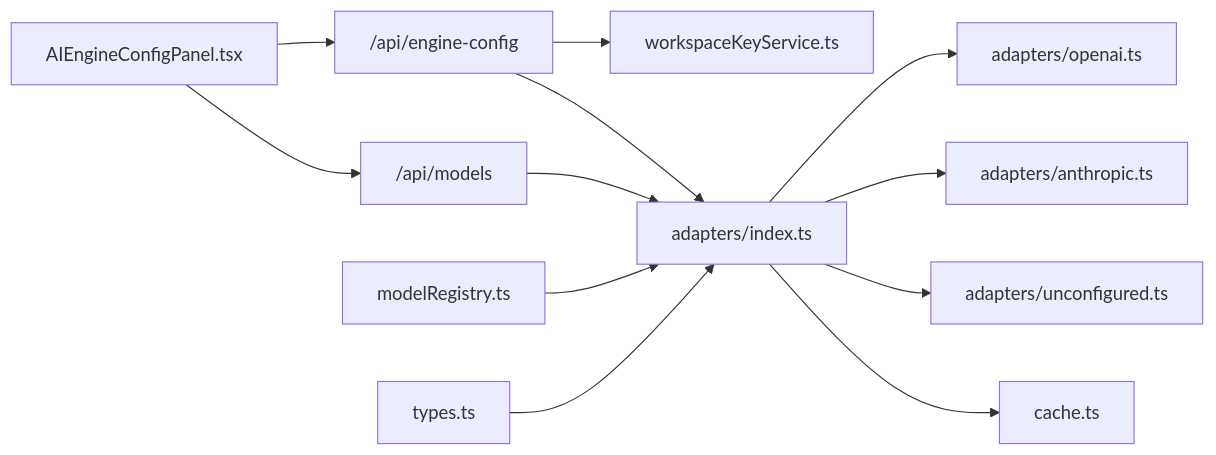
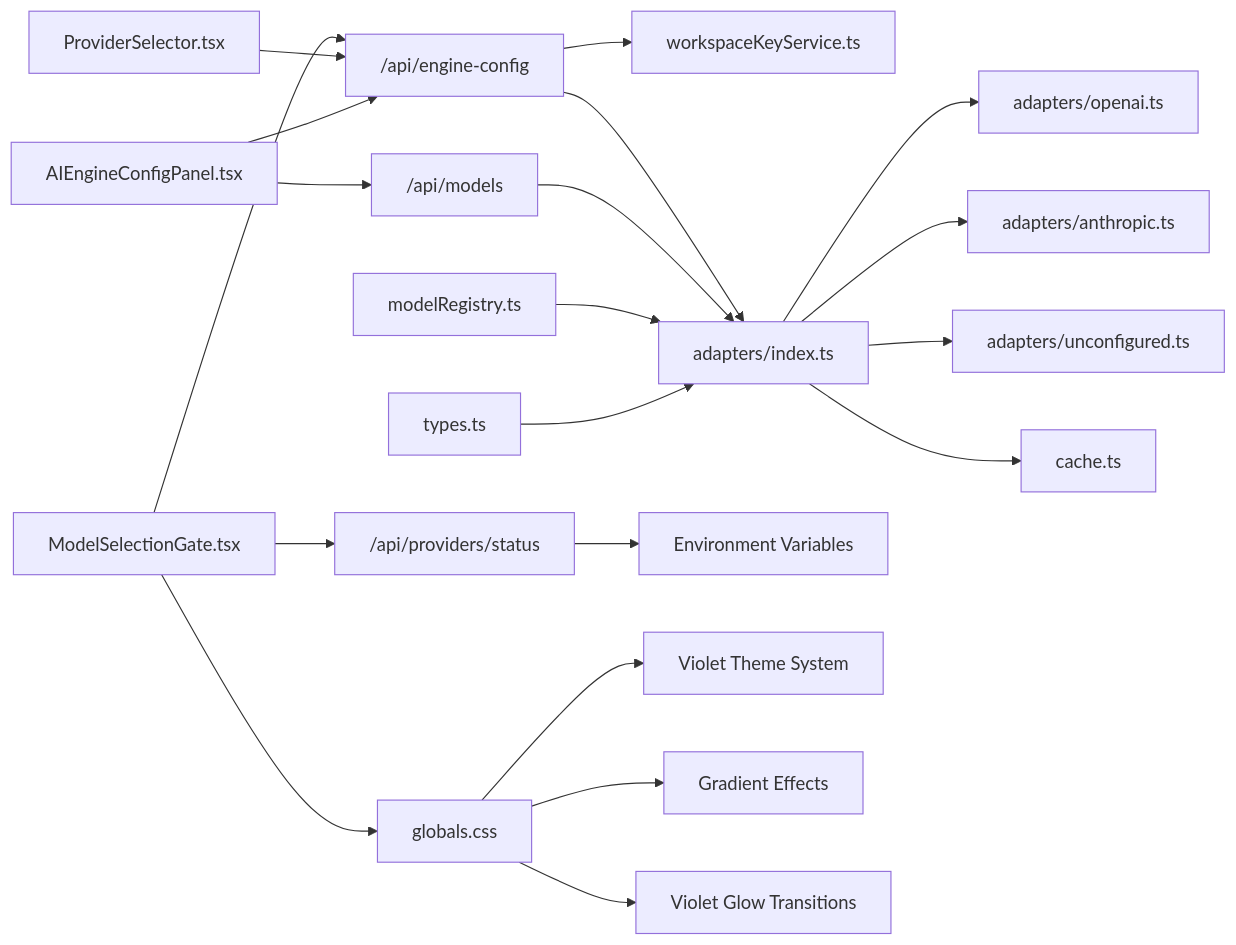
One commit to shekhargiri005-dotcom/AI-powered-accessibility-first-UI-engine changed diagram 12 of 12 in .qoder/repowiki/en/content/AI Generation Engine/Model Configuration & Selection/Model Configuration & Selection.md. Above: the diagram before and after it, drawn with Mermaid. The commit also changed other lines of this file and 10 other files, not shown here.

````diff
--- a/.qoder/repowiki/en/content/AI Generation Engine/Model Configuration & Selection/Model Configuration & Selection.md
+++ b/.qoder/repowiki/en/content/AI Generation Engine/Model Configuration & Selection/Model Configuration & Selection.md
@@ -417,14 +596,22 @@
 ```mermaid
 graph LR
-UI["AIEngineConfigPanel.tsx"] --> EC["/api/engine-config"]
+MSG["ModelSelectionGate.tsx"] --> PSAPI["/api/providers/status"]
+MSG --> EC["/api/engine-config"]
+MSG --> CSS["globals.css"]
+PS["ProviderSelector.tsx"] --> EC
+UI["AIEngineConfigPanel.tsx"] --> EC
 UI --> AM["/api/models"]
 EC --> WS["workspaceKeyService.ts"]
 EC --> IDX["adapters/index.ts"]
 AM --> IDX
 IDX --> OA["adapters/openai.ts"]
 IDX --> AA["adapters/anthropic.ts"]
 IDX --> UA["adapters/unconfigured.ts"]
 IDX --> CA["cache.ts"]
 MR["modelRegistry.ts"] --> IDX
 TY["types.ts"] --> IDX
+PSAPI --> ENV["Environment Variables"]
+CSS --> THEME["Violet Theme System"]
+CSS --> GRADIENTS["Gradient Effects"]
+CSS --> GLOW["Violet Glow Transitions"]
 ```
````
